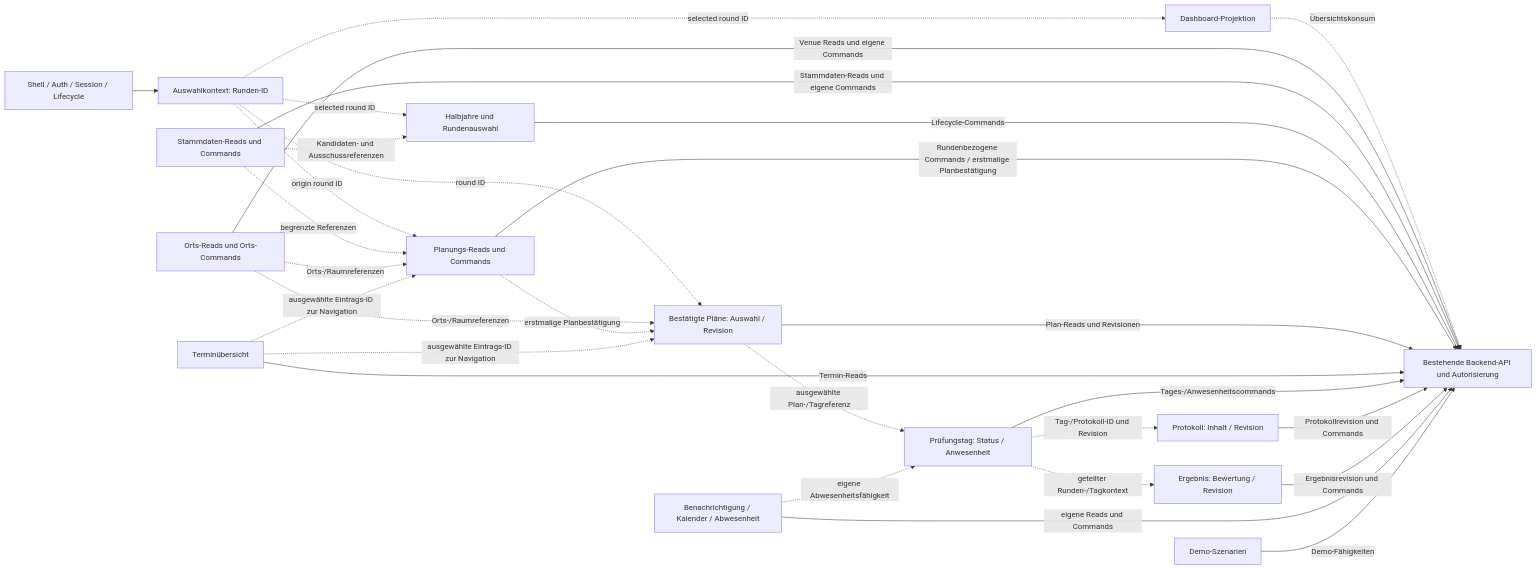
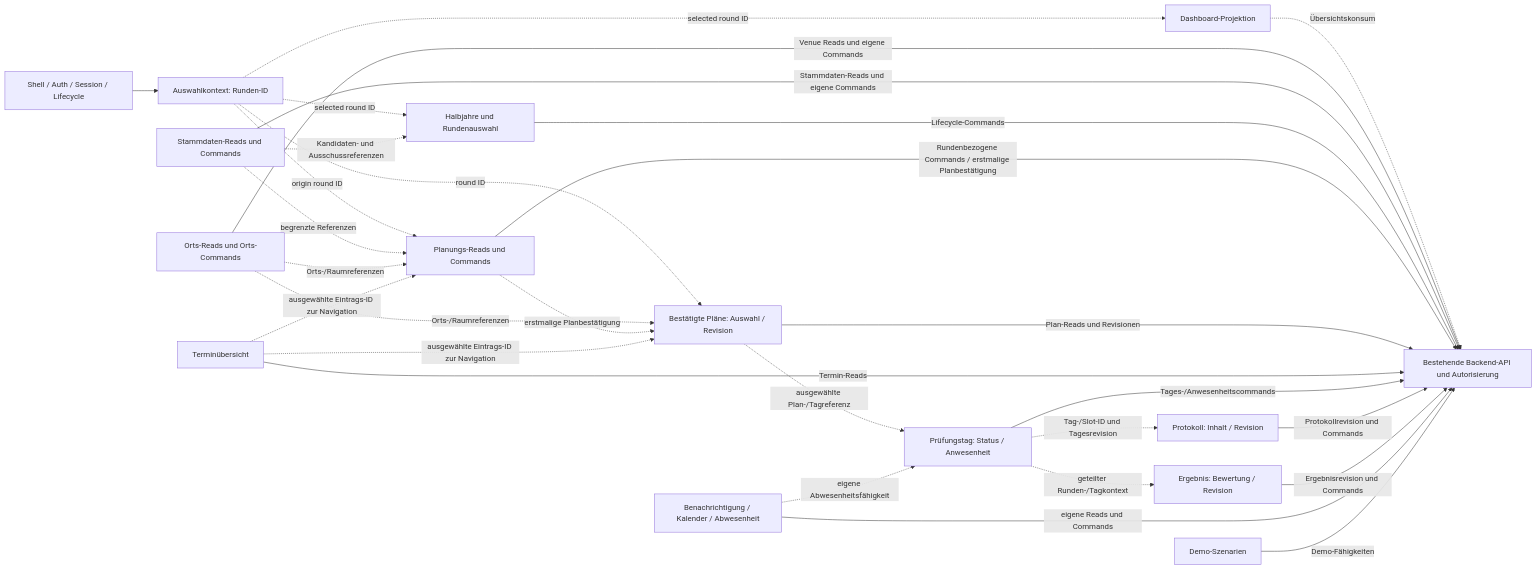
Before and after one commit to lxndrp/lzug: the fourth of 4 diagrams in docs/developers/frontend-architecture-contract.md, drawn with Mermaid.

Commit message:
docs(frontend): correct protocol context reference

````diff
--- a/docs/developers/frontend-architecture-contract.md
+++ b/docs/developers/frontend-architecture-contract.md
@@ -247,46 +247,46 @@
 ```mermaid
 flowchart LR
   Shell[Shell / Auth / Session / Lifecycle]
   Context[Auswahlkontext: Runden-ID]
   Dashboard[Dashboard-Projektion]
   Locations[Orts-Reads und Orts-Commands]
   Master[Stammdaten-Reads und Commands]
   HalfYears[Halbjahre und Rundenauswahl]
   Planning[Planungs-Reads und Commands]
   ConfirmedPlans[Bestätigte Pläne: Auswahl / Revision]
   Overview[Terminübersicht]
   Day[Prüfungstag: Status / Anwesenheit]
   Protocol[Protokoll: Inhalt / Revision]
   Result[Ergebnis: Bewertung / Revision]
   Personal[Benachrichtigung / Kalender / Abwesenheit]
   Demo[Demo-Szenarien]
   API[Bestehende Backend-API und Autorisierung]
   Shell --> Context
   Context -. selected round ID .-> Dashboard
   Context -. selected round ID .-> HalfYears
   Context -. origin round ID .-> Planning
   Context -. round ID .-> ConfirmedPlans
   Dashboard -. Übersichtskonsum .-> API
   Locations -->|Venue Reads und eigene Commands| API
   Master -->|Stammdaten-Reads und eigene Commands| API
   HalfYears -->|Lifecycle-Commands| API
   Planning -->|Rundenbezogene Commands / erstmalige Planbestätigung| API
   ConfirmedPlans -->|Plan-Reads und Revisionen| API
   Overview -->|Termin-Reads| API
   Day -->|Tages-/Anwesenheitscommands| API
   Protocol -->|Protokollrevision und Commands| API
   Result -->|Ergebnisrevision und Commands| API
   Personal -->|eigene Reads und Commands| API
   Demo -->|Demo-Fähigkeiten| API
   Master -. Kandidaten- und Ausschussreferenzen .-> HalfYears
   Master -. begrenzte Referenzen .-> Planning
   Locations -. Orts-/Raumreferenzen .-> Planning
   Locations -. Orts-/Raumreferenzen .-> ConfirmedPlans
   Planning -. erstmalige Planbestätigung .-> ConfirmedPlans
   ConfirmedPlans -. ausgewählte Plan-/Tagreferenz .-> Day
   Overview -. ausgewählte Eintrags-ID zur Navigation .-> Planning
   Overview -. ausgewählte Eintrags-ID zur Navigation .-> ConfirmedPlans
-  Day -. Tag-/Protokoll-ID und Revision .-> Protocol
+  Day -. Tag-/Slot-ID und Tagesrevision .-> Protocol
   Day -. geteilter Runden-/Tagkontext .-> Result
   Personal -. eigene Abwesenheitsfähigkeit .-> Day
 ```
````
